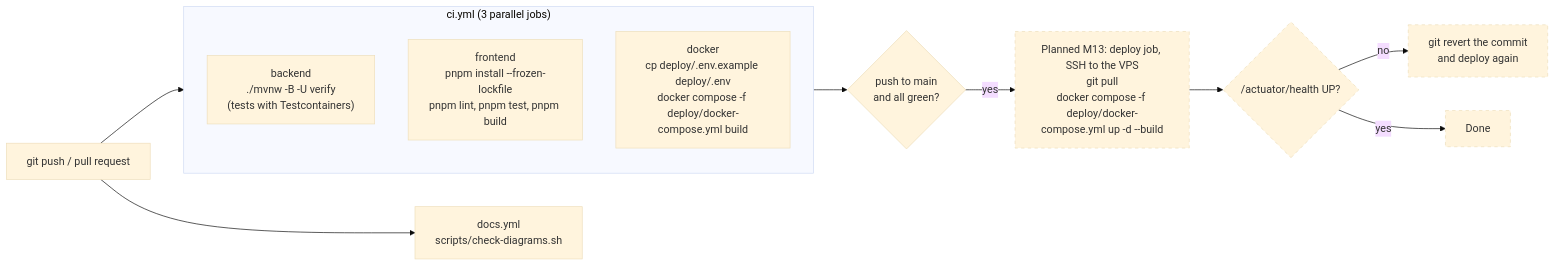
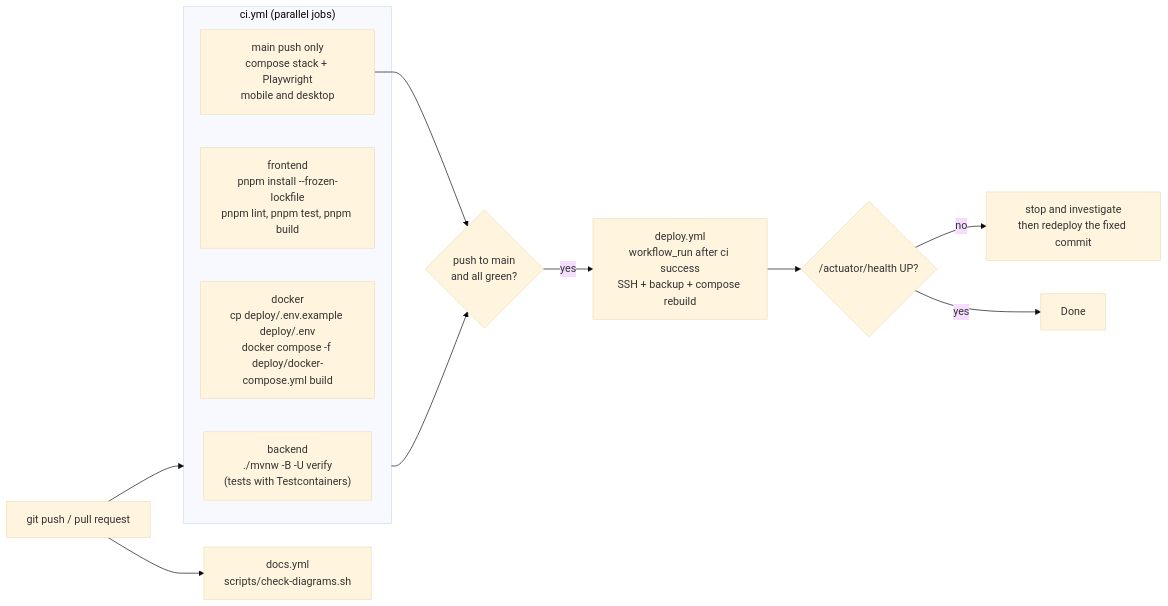
Before and after one commit to Iyed-M/olive-connect: the second of 3 diagrams in docs/10-deployment.md, drawn with Mermaid (base theme). The commit also changed other lines of this file and 67 other files, not shown here.

````diff
--- a/docs/10-deployment.md
+++ b/docs/10-deployment.md
@@ -69,16 +68,17 @@
 ```mermaid
 flowchart LR
     A["git push / pull request"] --> CI
-    subgraph CI["ci.yml (3 parallel jobs)"]
+    subgraph CI["ci.yml (parallel jobs)"]
         B["backend<br/>./mvnw -B -U verify<br/>(tests with Testcontainers)"]
         C["frontend<br/>pnpm install --frozen-lockfile<br/>pnpm lint, pnpm test, pnpm build"]
         D["docker<br/>cp deploy/.env.example deploy/.env<br/>docker compose -f deploy/docker-compose.yml build"]
+        E2E["main push only<br/>compose stack + Playwright<br/>mobile and desktop"]
     end
     A --> DOC["docs.yml<br/>scripts/check-diagrams.sh"]
     CI --> M{"push to main<br/>and all green?"}
-    M -- yes --> E["Planned M13: deploy job, SSH to the VPS<br/>git pull<br/>docker compose -f deploy/docker-compose.yml up -d --build"]:::planned
-    E --> F{"/actuator/health UP?"}:::planned
-    F -- no --> G["git revert the commit<br/>and deploy again"]:::planned
-    F -- yes --> H[Done]:::planned
-    classDef planned stroke-dasharray: 5 5
+    M -- yes --> E["deploy.yml<br/>workflow_run after ci success<br/>SSH + backup + compose rebuild"]
+    E2E --> M
+    E --> F{"/actuator/health UP?"}
+    F -- no --> G["stop and investigate<br/>then redeploy the fixed commit"]
+    F -- yes --> H[Done]
 ```
````
